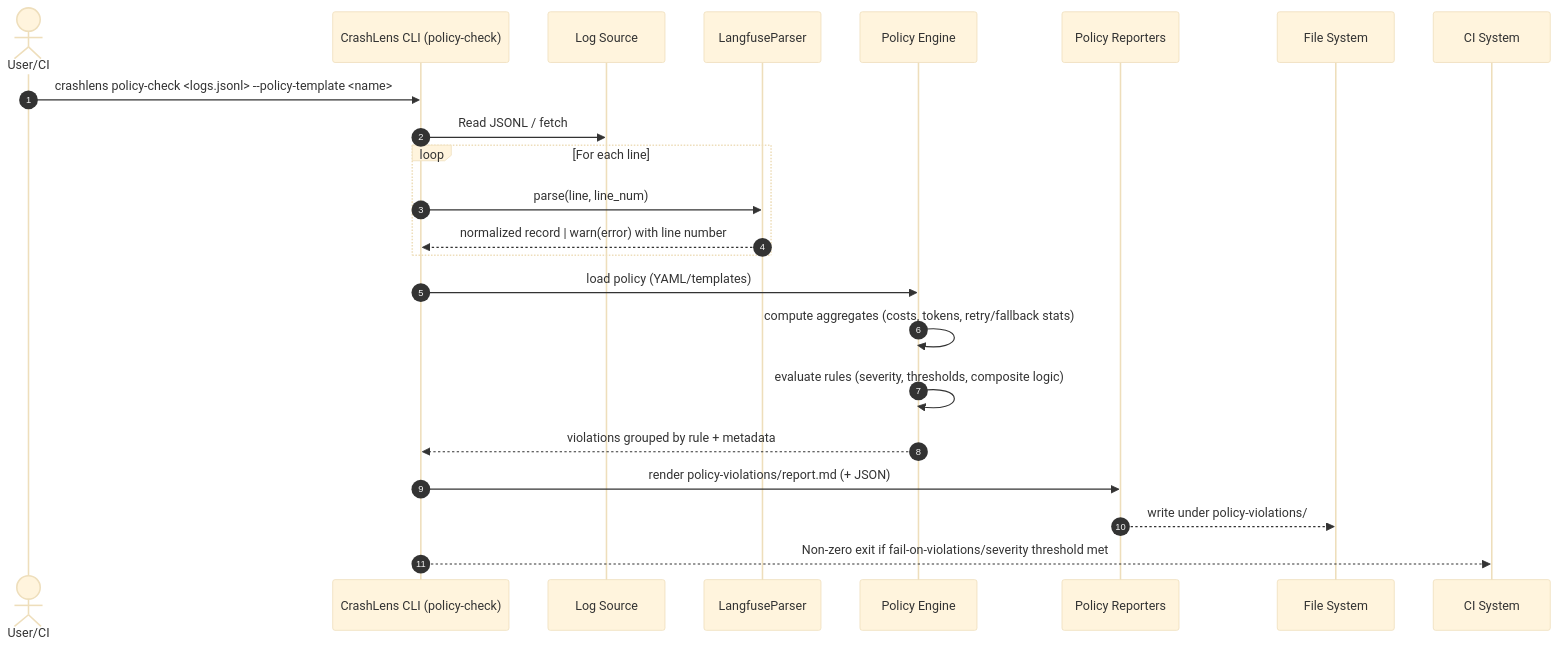
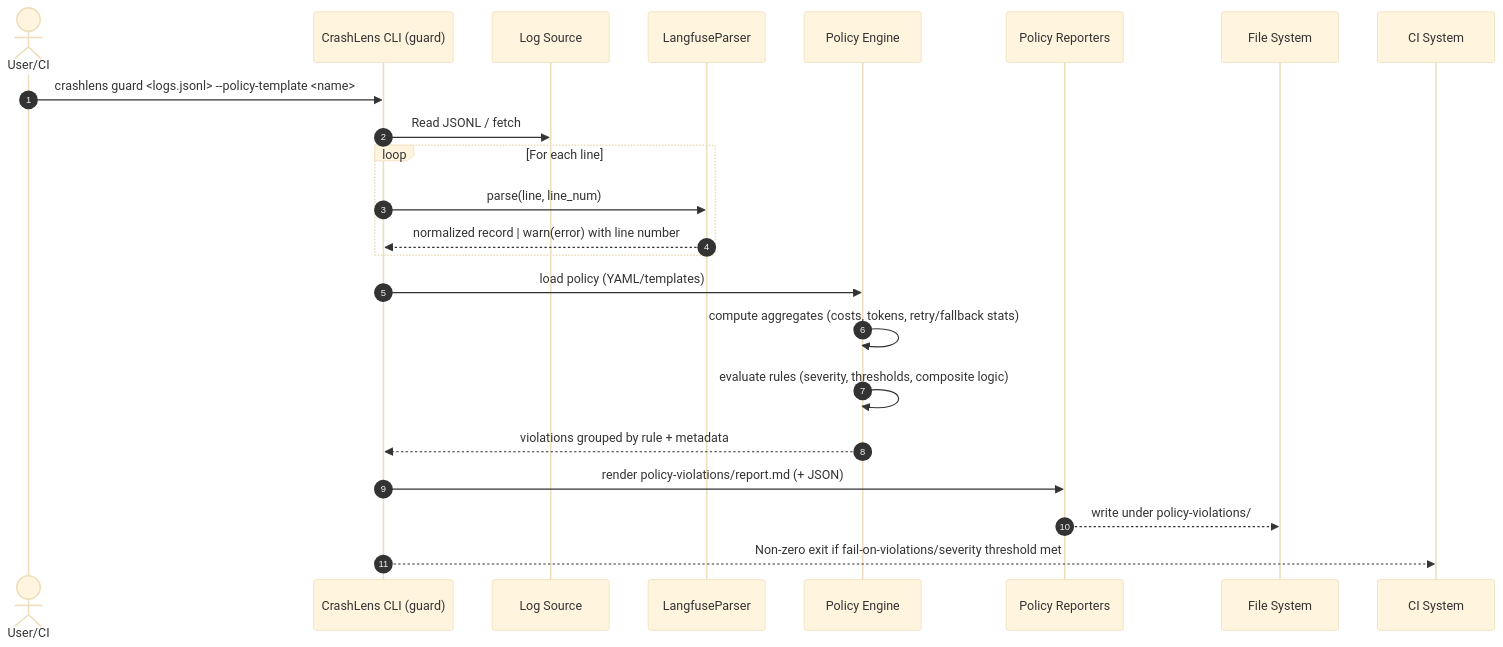
Before and after one commit to Crashlens/crashlens: the second of 2 diagrams in docs/architecture-flow.md, drawn with Mermaid (base theme). The commit also changed other lines of this file and 87 other files, not shown here.

First line of the commit message:
chore: remove policy-check alias, legacy tests, docs and CI references

````diff
--- a/docs/architecture-flow.md
+++ b/docs/architecture-flow.md
@@ -56,26 +56,26 @@
 ```mermaid
 sequenceDiagram
     autonumber
     actor U as User/CI
-    participant CLI as CrashLens CLI (policy-check)
+    participant CLI as CrashLens CLI (guard)
     participant SRC as Log Source
     participant PARSER as LangfuseParser
     participant ENG as Policy Engine
     participant REP as Policy Reporters
     participant FS as File System
     participant CI as CI System
 
-    U->>CLI: crashlens policy-check <logs.jsonl> --policy-template <name>
+    U->>CLI: crashlens guard <logs.jsonl> --policy-template <name>
     CLI->>SRC: Read JSONL / fetch
     loop For each line
         CLI->>PARSER: parse(line, line_num)
         PARSER-->>CLI: normalized record | warn(error) with line number
     end
     CLI->>ENG: load policy (YAML/templates)
     ENG->>ENG: compute aggregates (costs, tokens, retry/fallback stats)
     ENG->>ENG: evaluate rules (severity, thresholds, composite logic)
     ENG-->>CLI: violations grouped by rule + metadata
     CLI->>REP: render policy-violations/report.md (+ JSON)
     REP-->>FS: write under policy-violations/
     CLI-->>CI: Non-zero exit if fail-on-violations/severity threshold met
 ```
````
